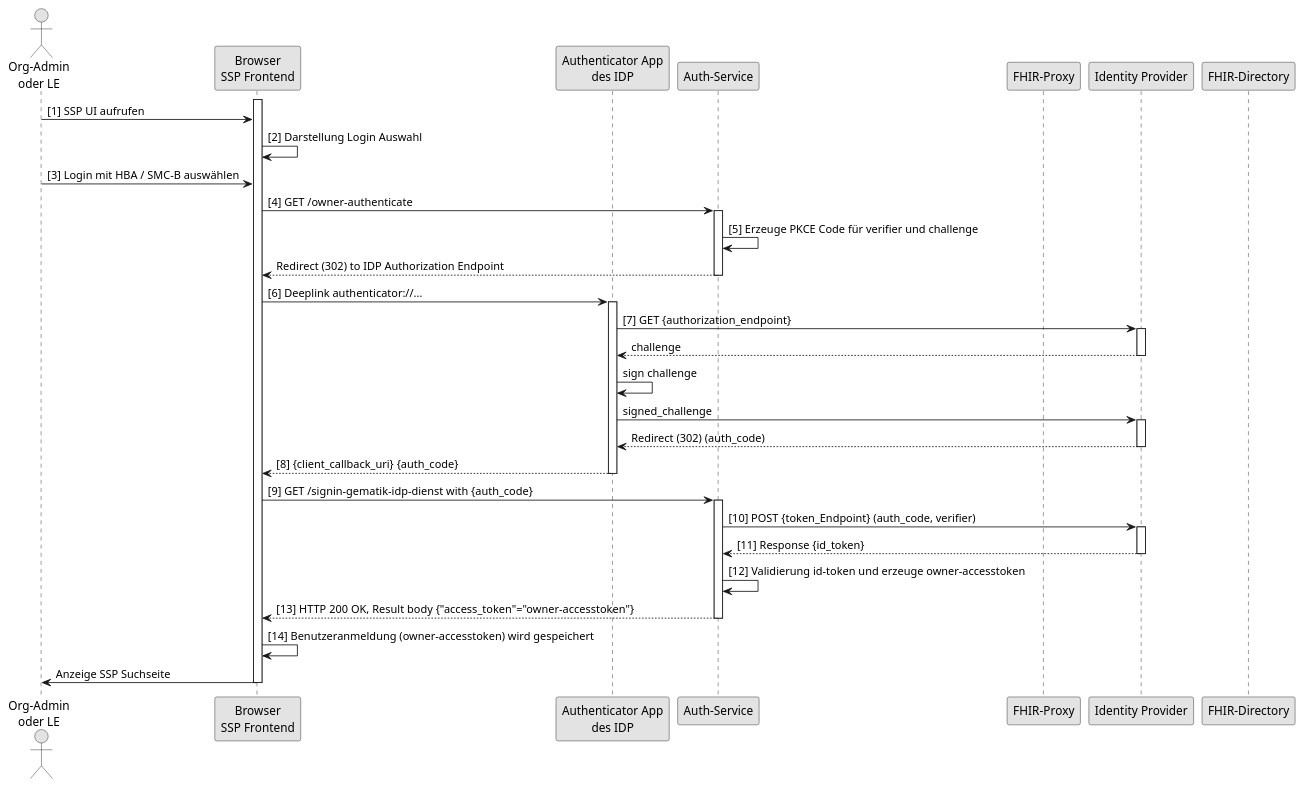
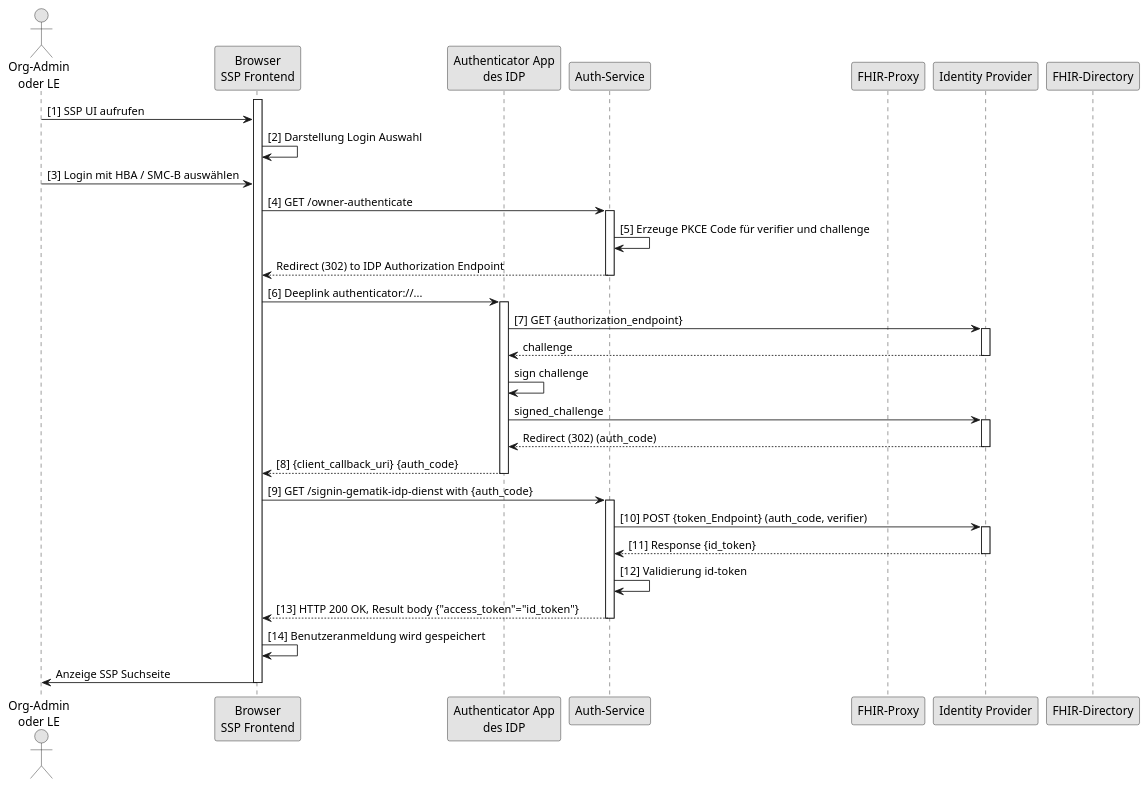
One commit to gematik/api-vzd changed the diagram in src/plantuml/SequenceDiagram.FHIR-Directory.SSP.Auth.Card.puml. Above: the diagram before and after it, drawn with PlantUML.

```diff
--- a/src/plantuml/SequenceDiagram.FHIR-Directory.SSP.Auth.Card.puml
+++ b/src/plantuml/SequenceDiagram.FHIR-Directory.SSP.Auth.Card.puml
@@ -1,58 +1,58 @@
 @startuml
 
 skinparam dpi 100
 skinparam WrapWidth 200
 skinparam monochrome true
 
 'title "FHIR-Directory, Sequenzdiagram SSP Authenticate mit Smartcard'
 actor o as "Org-Admin\noder LE"
 participant cl as "Browser\nSSP Frontend"
 participant aa as "Authenticator App\ndes IDP"
 participant au as "Auth-Service"
 participant fp as "FHIR-Proxy"
 participant idp as "Identity Provider"
 participant fd as "FHIR-Directory"
 
 activate cl
 o -> cl: [1] SSP UI aufrufen
 cl -> cl: [2] Darstellung Login Auswahl
 o -> cl: [3] Login mit HBA / SMC-B auswählen
 
 
 cl -> au: [4] GET /owner-authenticate
 activate au
 au -> au: [5] Erzeuge PKCE Code für verifier und challenge
 au --> cl: Redirect (302) to IDP Authorization Endpoint
 deactivate au
 cl -> aa: [6] Deeplink authenticator://...
 activate aa
 
 aa -> idp: [7] GET {authorization_endpoint}
 activate idp
 idp --> aa: challenge
 deactivate idp
 aa -> aa: sign challenge
 aa-> idp: signed_challenge
 activate idp
 idp --> aa: Redirect (302) (auth_code)
 deactivate idp
 aa --> cl: [8] {client_callback_uri} {auth_code}
 deactivate aa
 
 cl -> au: [9] GET /signin-gematik-idp-dienst with {auth_code}
 activate au
 au -> idp: [10] POST {token_Endpoint} (auth_code, verifier)
 activate idp
 idp --> au: [11] Response {id_token}
 deactivate idp
 
-au -> au: [12] Validierung id-token und erzeuge owner-accesstoken
-au --> cl: [13] HTTP 200 OK, Result body {"access_token"="owner-accesstoken"}
+au -> au: [12] Validierung id-token
+au --> cl: [13] HTTP 200 OK, Result body {"access_token"="id_token"}
 deactivate au
 
-cl -> cl: [14] Benutzeranmeldung (owner-accesstoken) wird gespeichert
+cl -> cl: [14] Benutzeranmeldung wird gespeichert
 cl -> o: Anzeige SSP Suchseite
 
 deactivate cl
 
 @enduml
```
